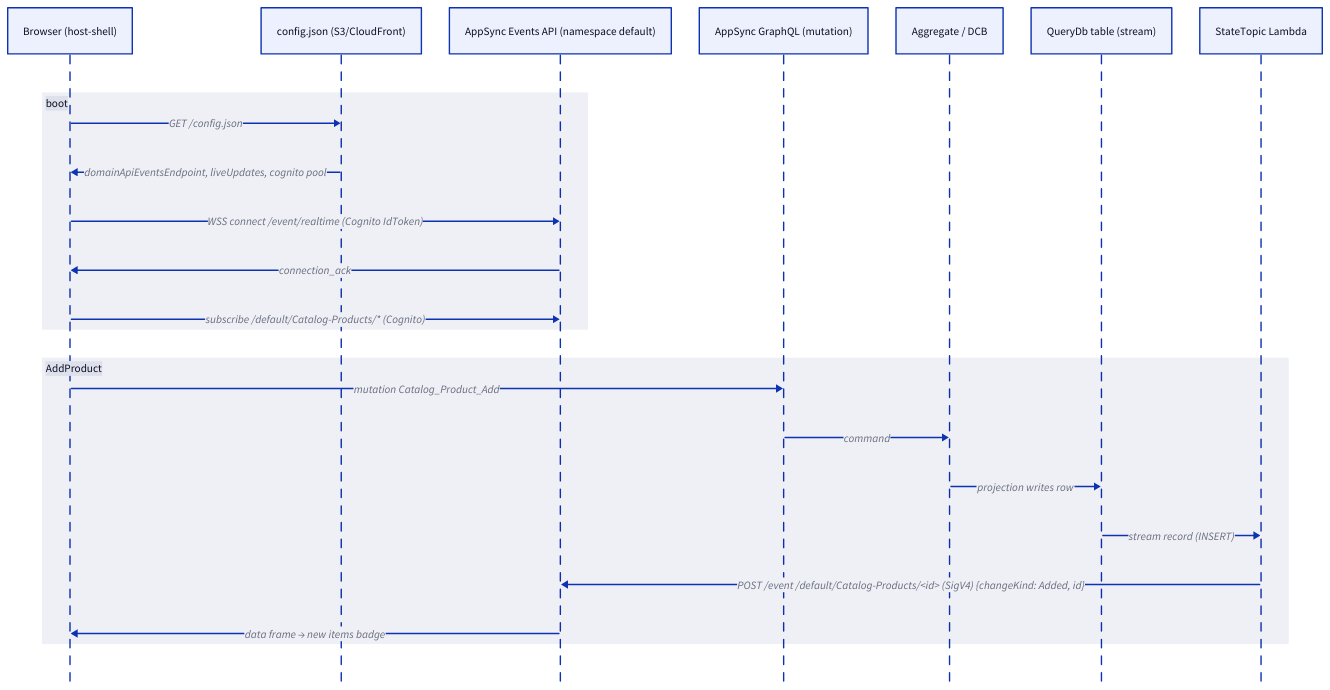
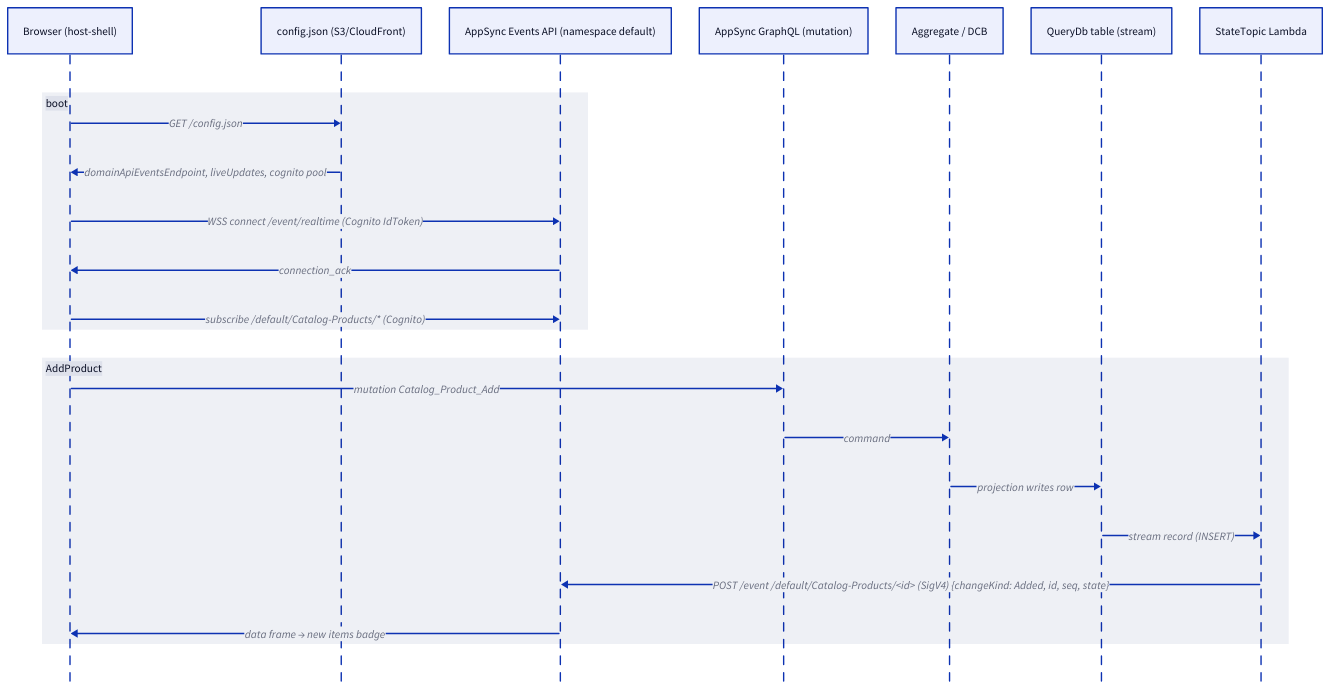
One commit to ReventlessDev/reventless-core changed the diagram in packages/doc/docs-infrastructure/appsync-events-live-updates.md. Above: the diagram before and after it, drawn with D2. The commit also changed other lines of this file and 18 other files, not shown here.

````diff
--- a/packages/doc/docs-infrastructure/appsync-events-live-updates.md
+++ b/packages/doc/docs-infrastructure/appsync-events-live-updates.md
@@ -294,28 +365,28 @@
 ```d2
 shape: sequence_diagram
 
 U: "Browser (host-shell)" { class: client }
 CFG: "config.json (S3/CloudFront)" { class: aws-service }
 EV: "AppSync Events API (namespace default)" { class: aws-service }
 CMD: "AppSync GraphQL (mutation)" { class: api }
 AGG: Aggregate / DCB { class: aggregate }
 DDB: "QueryDb table (stream)" { class: query-db }
 LMB: StateTopic Lambda { class: side-effect }
 
 boot: boot {
   U -> CFG: "GET /config.json"
   CFG -> U: "domainApiEventsEndpoint, liveUpdates, cognito pool"
   U -> EV: "WSS connect /event/realtime (Cognito IdToken)"
   EV -> U: connection_ack
   U -> EV: "subscribe /default/Catalog-Products/* (Cognito)"
 }
 
 AddProduct: AddProduct {
   U -> CMD: mutation Catalog_Product_Add
   CMD -> AGG: command
   AGG -> DDB: projection writes row
   DDB -> LMB: "stream record (INSERT)"
-  LMB -> EV: "POST /event /default/Catalog-Products/<id> (SigV4) {changeKind: Added, id}"
+  LMB -> EV: "POST /event /default/Catalog-Products/<id> (SigV4) {changeKind: Added, id, seq, state}"
   EV -> U: "data frame → new items badge"
 }
 ```
````
